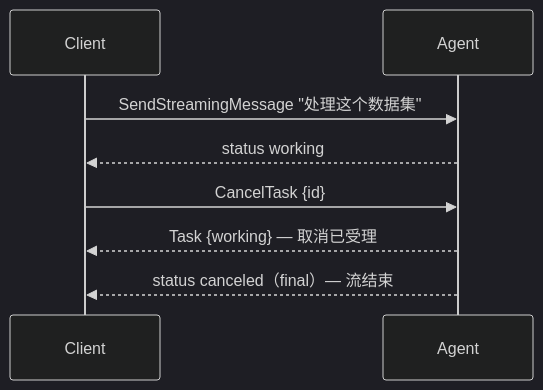
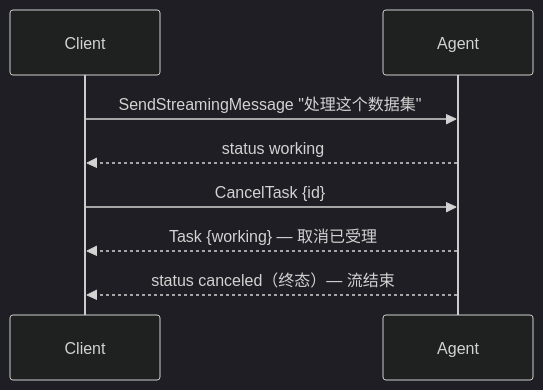
The sixth of 7 diagrams in docs/mkdocs/zh/protocol.md (trpc-group/trpc-a2a-go), drawn with Mermaid (dark theme) before and after one commit. The commit also changed other lines of this file and 1 other file, not shown here.

````diff
--- a/docs/mkdocs/zh/protocol.md
+++ b/docs/mkdocs/zh/protocol.md
@@ -181,10 +185,10 @@
 ```mermaid
 sequenceDiagram
     participant C as Client
     participant A as Agent
     C->>A: SendStreamingMessage "处理这个数据集"
     A-->>C: status working
     C->>A: CancelTask {id}
     A-->>C: Task {working} — 取消已受理
-    A-->>C: status canceled（final）— 流结束
+    A-->>C: status canceled（终态）— 流结束
 ```
````
